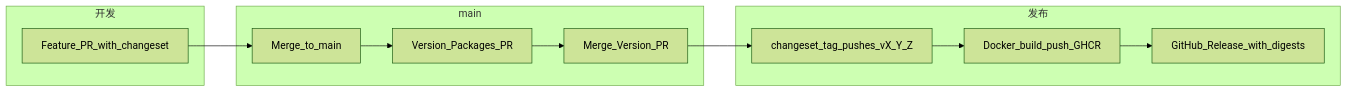
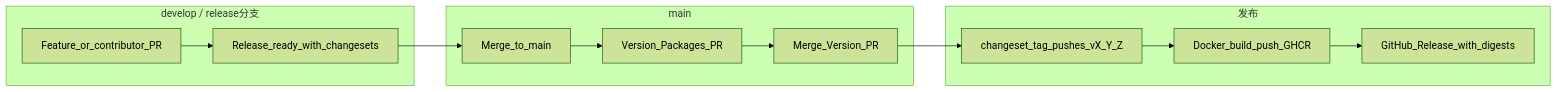
The second of 2 diagrams in docs/maintainers/release-versioning.md (827802685/cloud-api), drawn with Mermaid (forest theme) before and after one commit. The commit also changed other lines of this file and 6 other files, not shown here.

````diff
--- a/docs/maintainers/release-versioning.md
+++ b/docs/maintainers/release-versioning.md
@@ -19,22 +56,24 @@
 ```mermaid
 flowchart LR
-  subgraph dev [开发]
-    PR[Feature_PR_with_changeset]
+  subgraph dev [develop / release分支]
+    PR[Feature_or_contributor_PR]
+    READY[Release_ready_with_changesets]
   end
   subgraph mainline [main]
     M1[Merge_to_main]
     VPR[Version_Packages_PR]
     M2[Merge_Version_PR]
   end
   subgraph ship [发布]
     TAG[changeset_tag_pushes_vX_Y_Z]
     DOCKER[Docker_build_push_GHCR]
     REL[GitHub_Release_with_digests]
   end
-  PR --> M1
+  PR --> READY
+  READY --> M1
   M1 --> VPR
   VPR --> M2
   M2 --> TAG
   TAG --> DOCKER
   DOCKER --> REL
 ```
````
